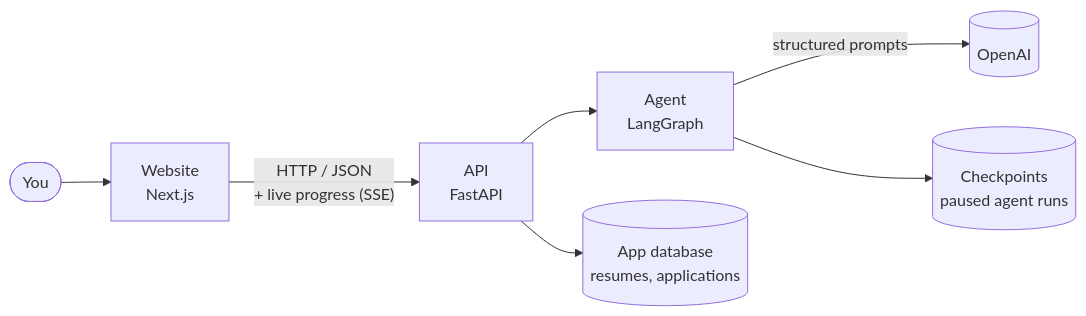
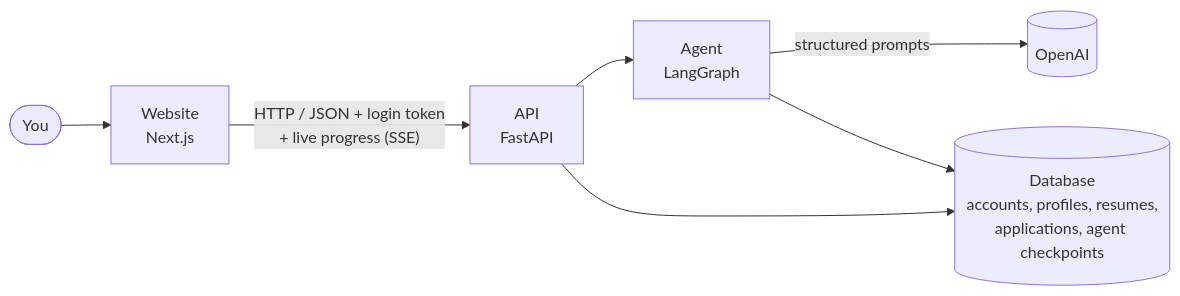
The first of 3 diagrams in docs/architecture.md (nilabhnahideka/job-copilot), drawn with Mermaid before and after one commit. The commit also changed other lines of this file and 33 other files, not shown here.

First line of the commit message:
feat(api): accounts, profiles and Postgres support

````diff
--- a/docs/architecture.md
+++ b/docs/architecture.md
@@ -7,9 +7,9 @@
 ```mermaid
 flowchart LR
     U([You]) --> W["Website<br/>Next.js"]
-    W -- "HTTP / JSON<br/>+ live progress (SSE)" --> A["API<br/>FastAPI"]
+    W -- "HTTP / JSON + login token<br/>+ live progress (SSE)" --> A["API<br/>FastAPI"]
     A --> G["Agent<br/>LangGraph"]
     G -- "structured prompts" --> O[("OpenAI")]
-    A --> D[("App database<br/>resumes, applications")]
-    G --> C[("Checkpoints<br/>paused agent runs")]
+    A --> D[("Database<br/>accounts, profiles, resumes,<br/>applications, agent checkpoints")]
+    G --> D
 ```
````
